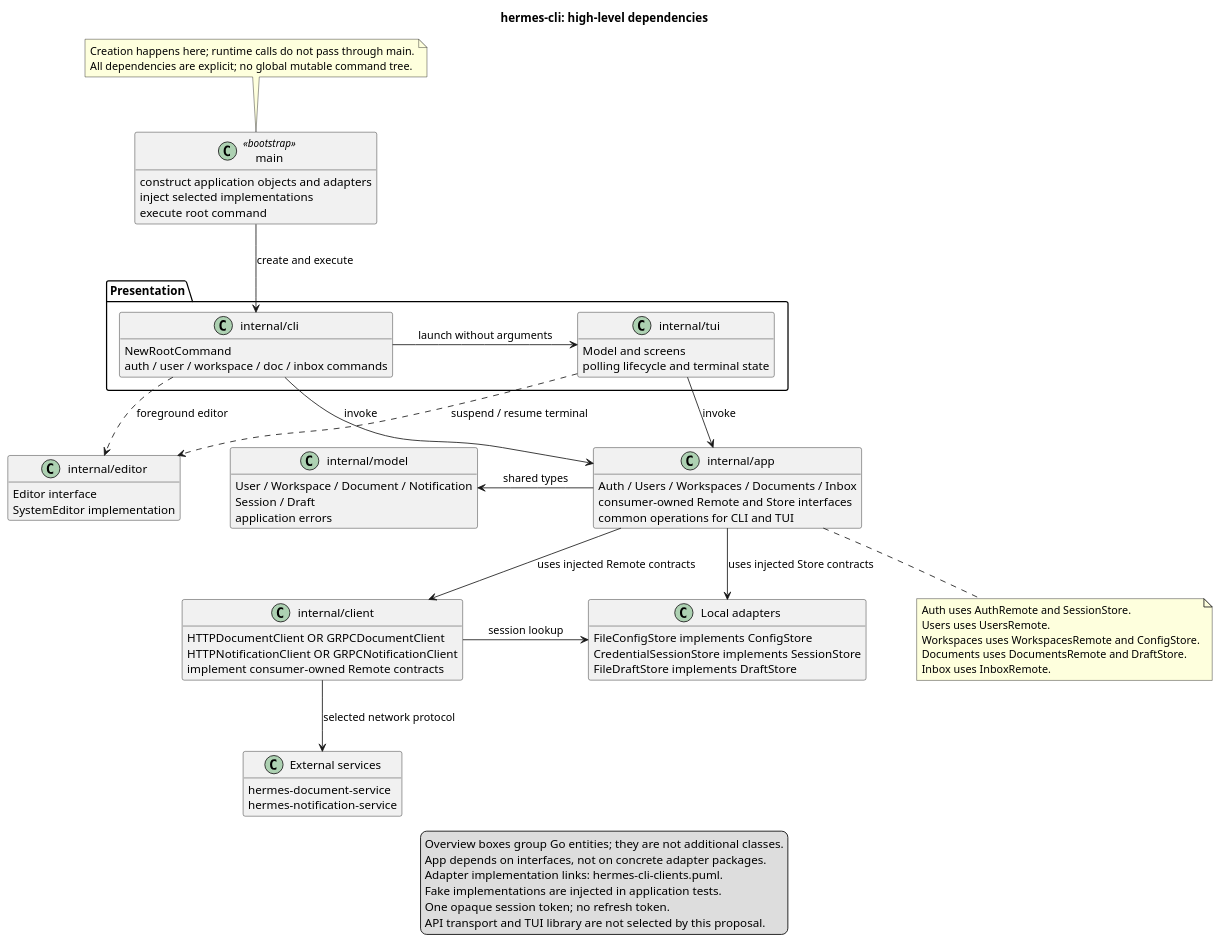
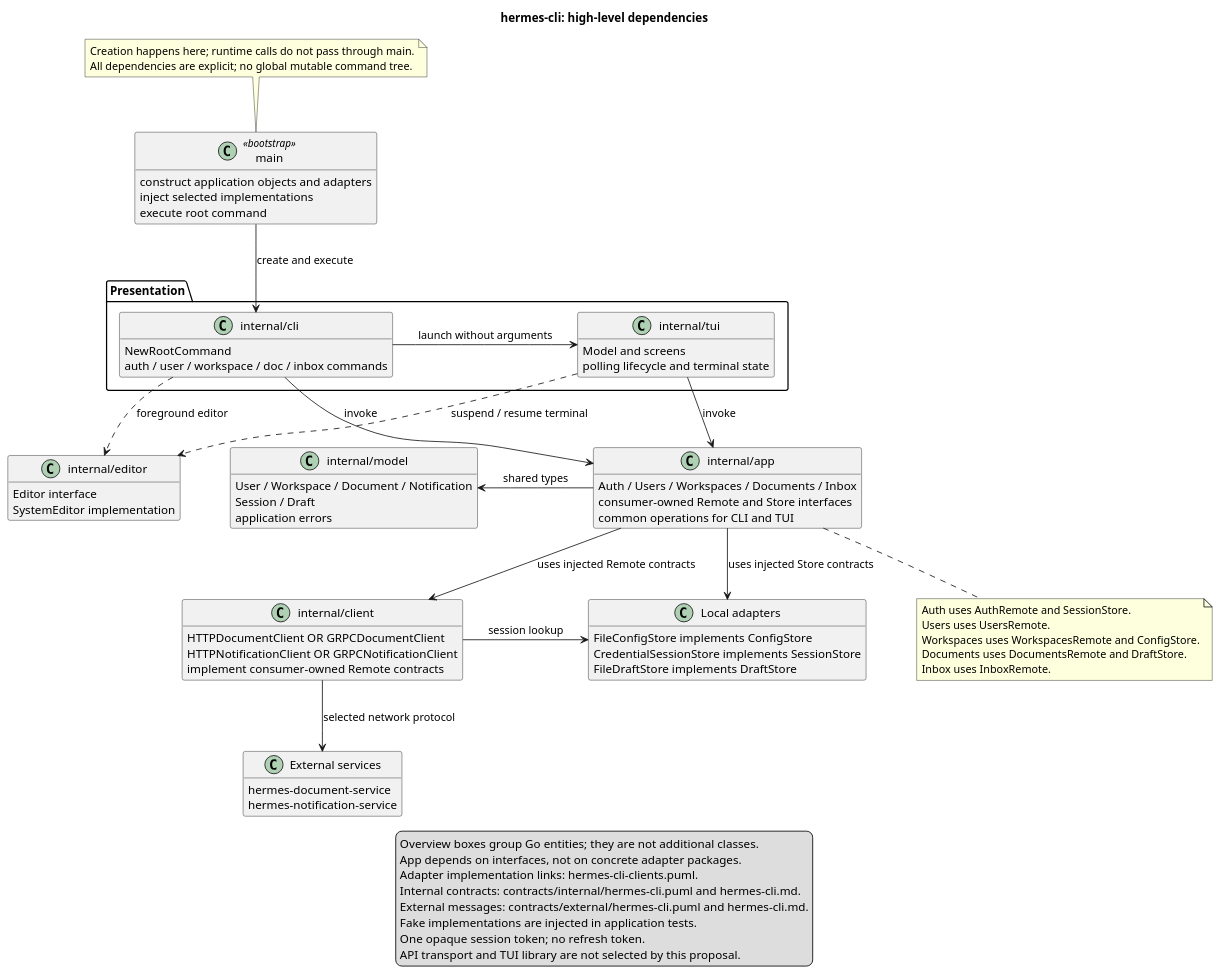
The diagram in arch/hermes-cli.puml (ravenclawprog/hermes), drawn with PlantUML before and after one commit. The commit also changed 24 other files, not shown here.

Commit message:
Updat for arch Add detailed architecture Adding dir decisions - for used decisions Add dir contractors - messages used with hermes-cli diagrams - some of schemase for no others

```diff
--- a/arch/hermes-cli.puml
+++ b/arch/hermes-cli.puml
@@ -1,81 +1,83 @@
 @startuml HermesCLI
 title hermes-cli: high-level dependencies
 top to bottom direction
 skinparam classAttributeIconSize 0
 skinparam nodesep 60
 skinparam ranksep 65
 hide empty members
 class "main" as Main <<bootstrap>> {
   construct application objects and adapters
   inject selected implementations
   execute root command
 }
 package "Presentation" {
   class "internal/cli" as CLI {
     NewRootCommand
     auth / user / workspace / doc / inbox commands
   }
   class "internal/tui" as TUI {
     Model and screens
     polling lifecycle and terminal state
   }
 }
 class "internal/app" as App {
   Auth / Users / Workspaces / Documents / Inbox
   consumer-owned Remote and Store interfaces
   common operations for CLI and TUI
 }
 class "internal/editor" as Editor {
   Editor interface
   SystemEditor implementation
 }
 class "internal/model" as Models {
   User / Workspace / Document / Notification
   Session / Draft
   application errors
 }
 class "internal/client" as Clients {
   HTTPDocumentClient OR GRPCDocumentClient
   HTTPNotificationClient OR GRPCNotificationClient
   implement consumer-owned Remote contracts
 }
 class "Local adapters" as Local {
   FileConfigStore implements ConfigStore
   CredentialSessionStore implements SessionStore
   FileDraftStore implements DraftStore
 }
 class "External services" as Services {
   hermes-document-service
   hermes-notification-service
 }
 Main -down-> CLI : create and execute
 CLI -right-> TUI : launch without arguments
 CLI -down-> App : invoke
 TUI -down-> App : invoke
 CLI ..> Editor : foreground editor
 TUI ..> Editor : suspend / resume terminal
 App -down-> Clients : uses injected Remote contracts
 App -down-> Local : uses injected Store contracts
 App -left-> Models : shared types
 Clients -down-> Services : selected network protocol
 Clients -right-> Local : session lookup
 note top of Main
   Creation happens here; runtime calls do not pass through main.
   All dependencies are explicit; no global mutable command tree.
 end note
 note bottom of App
   Auth uses AuthRemote and SessionStore.
   Users uses UsersRemote.
   Workspaces uses WorkspacesRemote and ConfigStore.
   Documents uses DocumentsRemote and DraftStore.
   Inbox uses InboxRemote.
 end note
 legend bottom
   Overview boxes group Go entities; they are not additional classes.
   App depends on interfaces, not on concrete adapter packages.
   Adapter implementation links: hermes-cli-clients.puml.
+  Internal contracts: contracts/internal/hermes-cli.puml and hermes-cli.md.
+  External messages: contracts/external/hermes-cli.puml and hermes-cli.md.
   Fake implementations are injected in application tests.
   One opaque session token; no refresh token.
   API transport and TUI library are not selected by this proposal.
 endlegend
 @enduml
```
